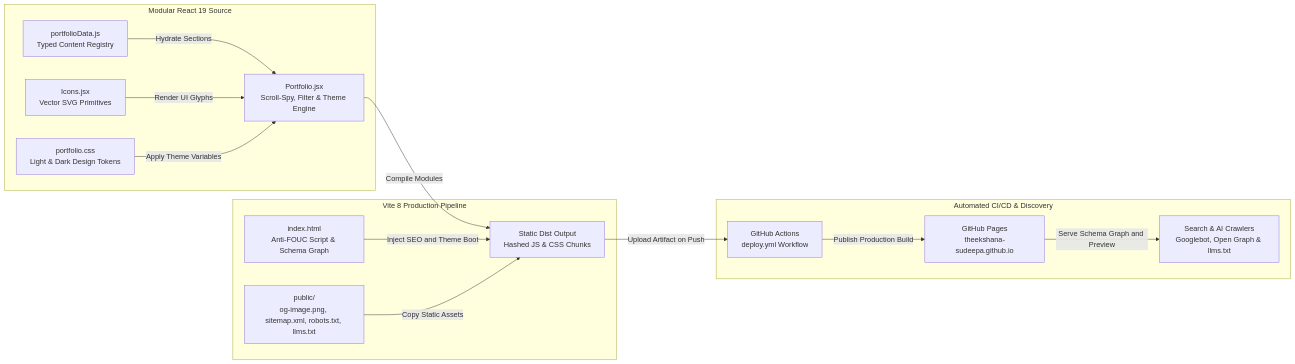
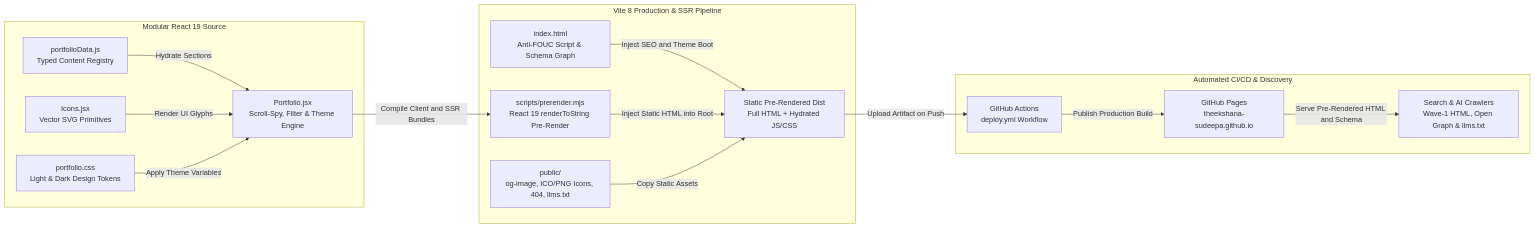
Before and after one commit to theekshana-sudeepa/theekshana-sudeepa.github.io: the diagram in README.md, drawn with Mermaid. The commit also changed other lines of this file and 15 other files, not shown here.

Commit message:
feat(ssr-seo): add build-time React 19 HTML pre-rendering, SERP favicons, 404 page, and print/a11y polish

````diff
--- a/README.md
+++ b/README.md
@@ -20,31 +20,33 @@
 ```mermaid
 flowchart LR
     subgraph Source["Modular React 19 Source"]
         Data["portfolioData.js<br/>Typed Content Registry"]
         Icons["Icons.jsx<br/>Vector SVG Primitives"]
         Styles["portfolio.css<br/>Light & Dark Design Tokens"]
         App["Portfolio.jsx<br/>Scroll-Spy, Filter & Theme Engine"]
     end
 
-    subgraph Build["Vite 8 Production Pipeline"]
+    subgraph Build["Vite 8 Production & SSR Pipeline"]
         Entry["index.html<br/>Anti-FOUC Script & Schema Graph"]
-        Public["public/<br/>og-image.png, sitemap.xml, robots.txt, llms.txt"]
-        Bundle["Static Dist Output<br/>Hashed JS & CSS Chunks"]
+        SSR["scripts/prerender.mjs<br/>React 19 renderToString Pre-Render"]
+        Public["public/<br/>og-image, ICO/PNG Icons, 404, llms.txt"]
+        Bundle["Static Pre-Rendered Dist<br/>Full HTML + Hydrated JS/CSS"]
     end
 
     subgraph Delivery["Automated CI/CD & Discovery"]
         GHA["GitHub Actions<br/>deploy.yml Workflow"]
         Pages["GitHub Pages<br/>theekshana-sudeepa.github.io"]
-        Crawler["Search & AI Crawlers<br/>Googlebot, Open Graph & llms.txt"]
+        Crawler["Search & AI Crawlers<br/>Wave-1 HTML, Open Graph & llms.txt"]
     end
 
     Data -->|Hydrate Sections| App
     Icons -->|Render UI Glyphs| App
     Styles -->|Apply Theme Variables| App
-    App -->|Compile Modules| Bundle
+    App -->|Compile Client and SSR Bundles| SSR
     Entry -->|Inject SEO and Theme Boot| Bundle
+    SSR -->|Inject Static HTML into Root| Bundle
     Public -->|Copy Static Assets| Bundle
     Bundle -->|Upload Artifact on Push| GHA
     GHA -->|Publish Production Build| Pages
-    Pages -->|Serve Schema Graph and Preview| Crawler
+    Pages -->|Serve Pre-Rendered HTML and Schema| Crawler
 ```
````
